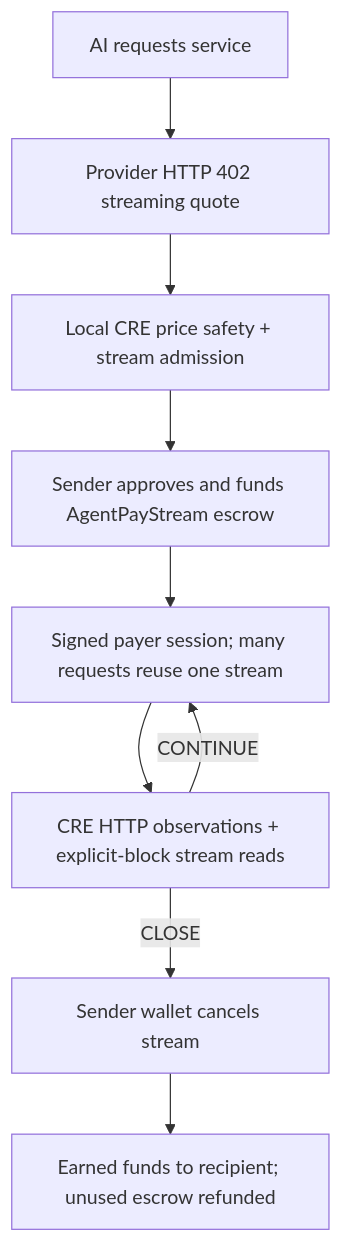
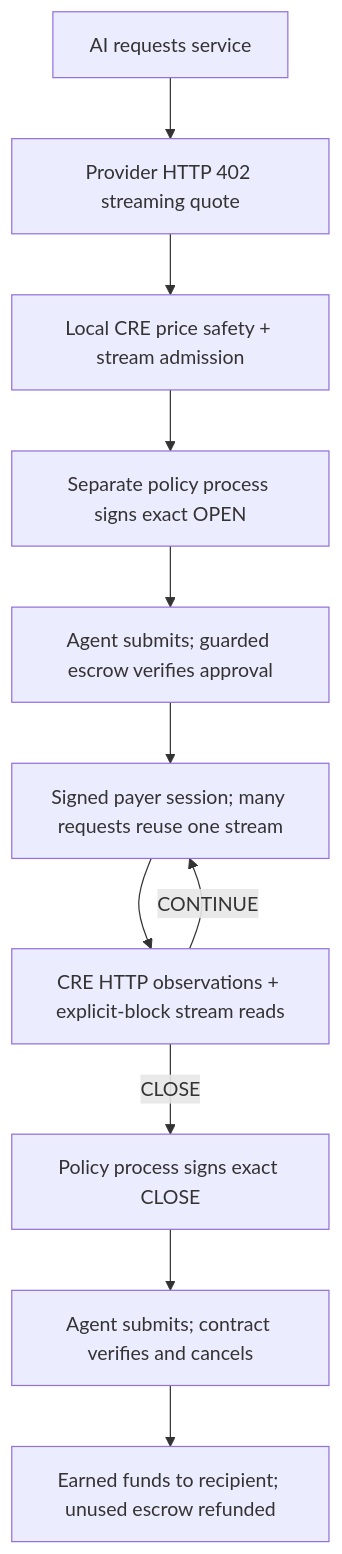
One commit to ola-893/agentPay changed the diagram in docs/architecture/README.md. Above: the diagram before and after it, drawn with Mermaid. The commit also changed other lines of this file and 48 other files, not shown here.

Commit message:
Audit current documentation against guarded stream execution evidence

````diff
--- a/docs/architecture/README.md
+++ b/docs/architecture/README.md
@@ -15,11 +13,13 @@
 ```mermaid
 flowchart TD
   Agent[AI requests service] --> Quote[Provider HTTP 402 streaming quote]
   Quote --> Admission[Local CRE price safety + stream admission]
-  Admission --> Wallet[Sender approves and funds AgentPayStream escrow]
+  Admission --> Permit[Separate policy process signs exact OPEN]
+  Permit --> Wallet[Agent submits; guarded escrow verifies approval]
   Wallet --> Access[Signed payer session; many requests reuse one stream]
   Access --> Check[CRE HTTP observations + explicit-block stream reads]
   Check -->|CONTINUE| Access
-  Check -->|CLOSE| Cancel[Sender wallet cancels stream]
+  Check -->|CLOSE| SignedClose[Policy process signs exact CLOSE]
+  SignedClose --> Cancel[Agent submits; contract verifies and cancels]
   Cancel --> Payout[Earned funds to recipient; unused escrow refunded]
 ```
````
